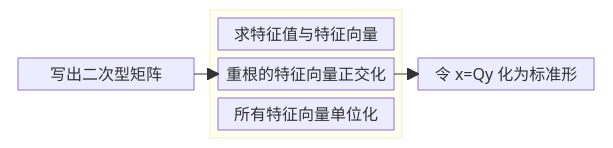
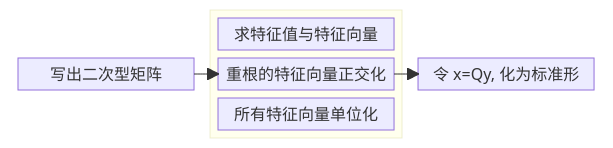
One commit to Linho1219/LinhoNotes changed the diagram in 线性代数/5 相似矩阵及二次型/5.6 正交变换化标准形.md. Above: the diagram before and after it, drawn with Mermaid. The commit also changed other lines of this file, not shown here.

````diff
--- a/线性代数/5 相似矩阵及二次型/5.6 正交变换化标准形.md
+++ b/线性代数/5 相似矩阵及二次型/5.6 正交变换化标准形.md
@@ -180,30 +180,30 @@
 ```mermaid
 block-beta
   columns 6
   block:group1:2
     columns 1
     a[" "]
     b["写出二次型矩阵"]
     c[" "]
   end
   block:group2:2
     columns 1
     f["求特征值与特征向量"]
     g["重根的特征向量正交化"]
     h["所有特征向量单位化"]
   end
   block:group3:2
     columns 1
     i[" "]
-    j["令 x=Qy 化为标准形"]
+    j["令 x=Qy, 化为标准形"]
     k[" "]
   end
 b --> g
 g --> j
 style group1 stroke:none,fill:none
 style group3 stroke:none,fill:none
 style a stroke:none,fill:none
 style c stroke:none,fill:none
 style i stroke:none,fill:none
 style k stroke:none,fill:none
 ```
````
